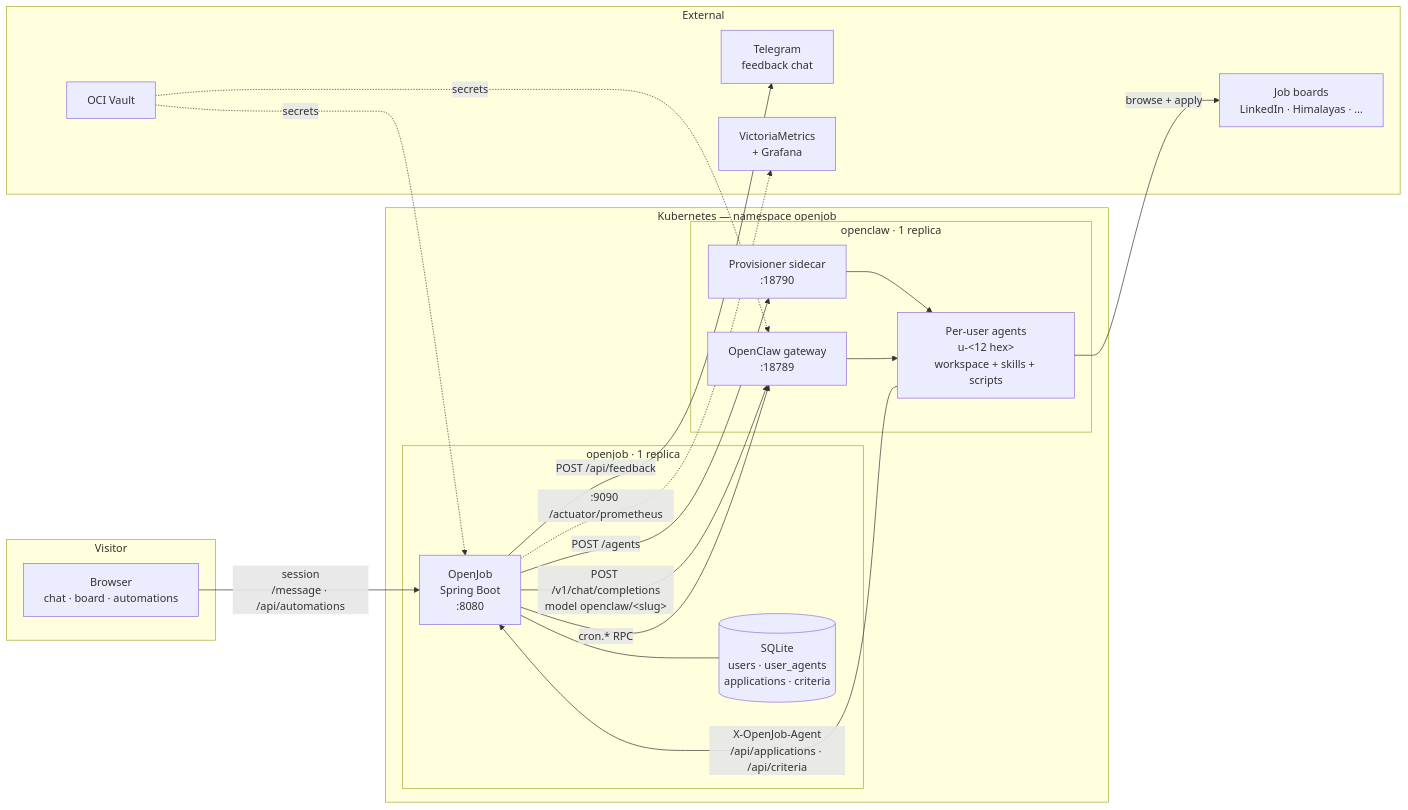
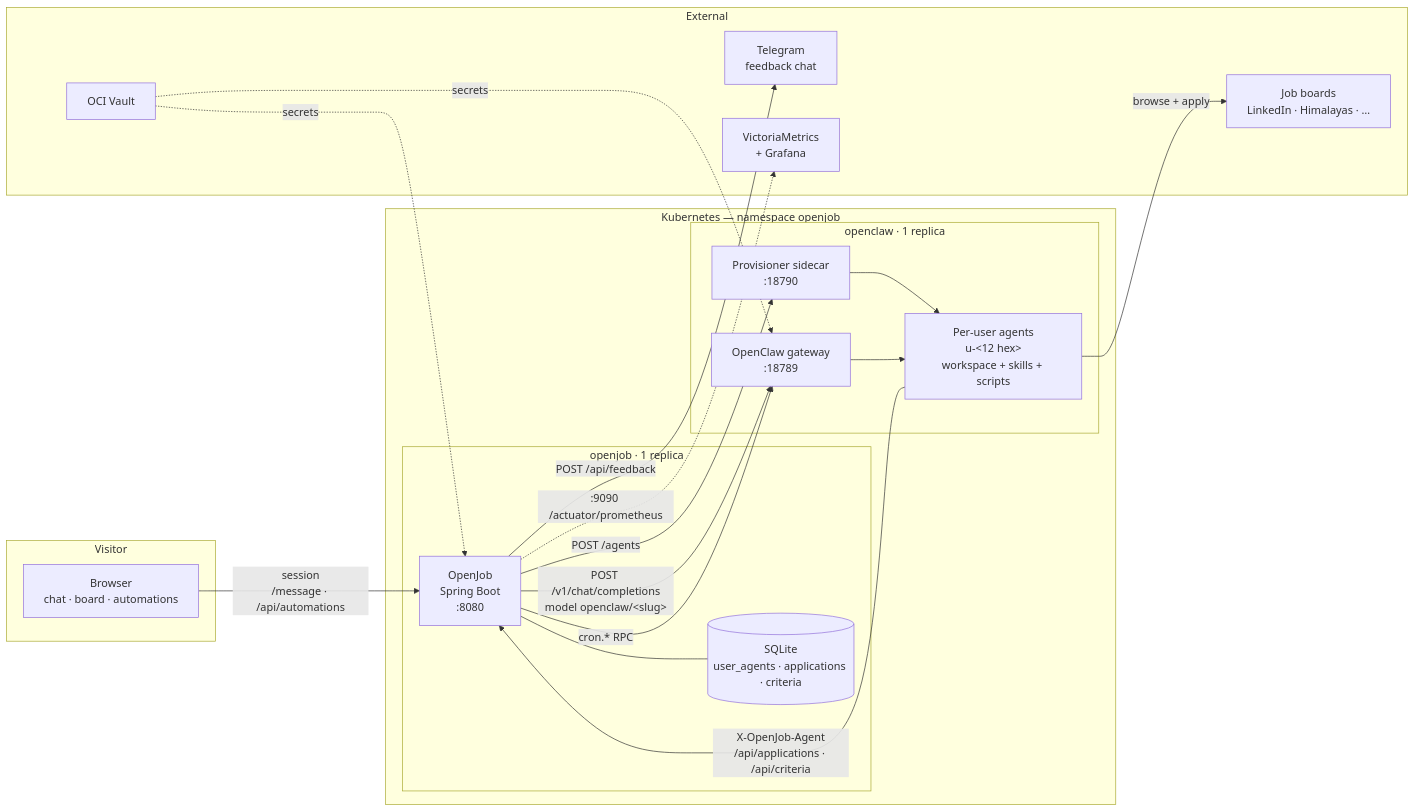
One commit to danieliyahu1/openjob changed the diagram in README.md. Above: the diagram before and after it, drawn with Mermaid. The commit also changed other lines of this file and 23 other files, not shown here.

````diff
--- a/README.md
+++ b/README.md
@@ -9,40 +9,40 @@
 ```mermaid
 flowchart LR
     subgraph visitor["Visitor"]
         browser["Browser<br/>chat · board · automations"]
     end
 
     subgraph k8s["Kubernetes — namespace openjob"]
         subgraph app["openjob · 1 replica"]
             web["OpenJob<br/>Spring Boot<br/>:8080"]
-            db[("SQLite<br/>users · user_agents<br/>applications · criteria")]
+            db[("SQLite<br/>user_agents · applications · criteria")]
         end
 
         subgraph claw["openclaw · 1 replica"]
             gateway["OpenClaw gateway<br/>:18789"]
             provisioner["Provisioner sidecar<br/>:18790"]
             workspaces["Per-user agents<br/>u-&lt;12 hex&gt;<br/>workspace + skills + scripts"]
         end
     end
 
     subgraph external["External"]
         boards["Job boards<br/>LinkedIn · Himalayas · …"]
         telegram["Telegram<br/>feedback chat"]
         vault["OCI Vault"]
         metrics["VictoriaMetrics<br/>+ Grafana"]
     end
 
     browser -- "session<br/>/message · /api/automations" --> web
     web -- "POST /v1/chat/completions<br/>model openclaw/&lt;slug&gt;" --> gateway
     web -- "cron.* RPC" --> gateway
     web -- "POST /agents" --> provisioner
     provisioner --> workspaces
     gateway --> workspaces
     workspaces -- "browse + apply" --> boards
     workspaces -- "X-OpenJob-Agent<br/>/api/applications · /api/criteria" --> web
     web --- db
     web -- "POST /api/feedback" --> telegram
     web -. ":9090 /actuator/prometheus" .-> metrics
     vault -. "secrets" .-> web
     vault -. "secrets" .-> gateway
 ```
````
